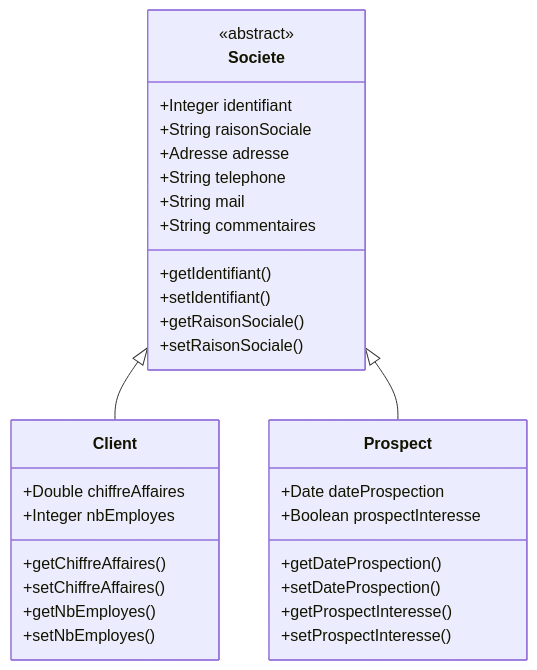
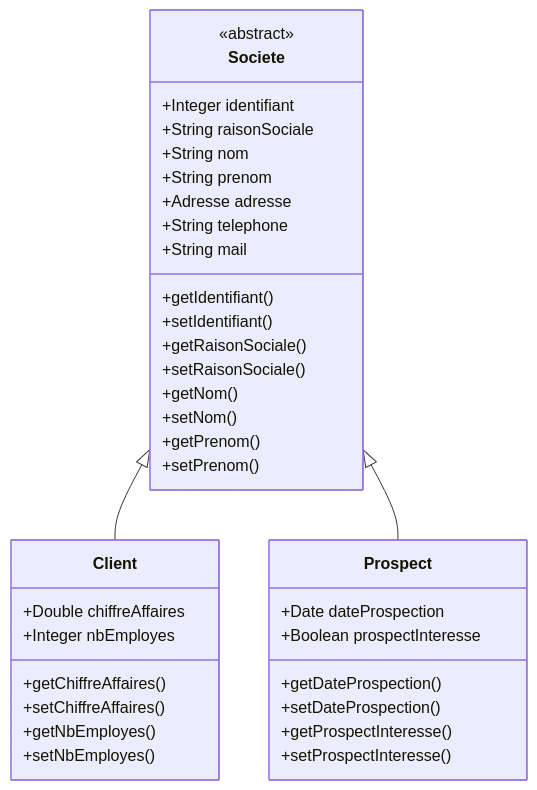
One commit to yglsan2/CliprocoFrontJava changed the fourth of 4 diagrams in README.md. Above: the diagram before and after it, drawn with Mermaid. The commit also changed other lines of this file and 99 other files, not shown here.

````diff
--- a/README.md
+++ b/README.md
@@ -165,37 +556,42 @@
 ```mermaid
 classDiagram
     class Societe {
         <<abstract>>
         +Integer identifiant
         +String raisonSociale
+        +String nom
+        +String prenom
         +Adresse adresse
         +String telephone
         +String mail
-        +String commentaires
         +getIdentifiant()
         +setIdentifiant()
         +getRaisonSociale()
         +setRaisonSociale()
+        +getNom()
+        +setNom()
+        +getPrenom()
+        +setPrenom()
     }
     
     class Client {
         +Double chiffreAffaires
         +Integer nbEmployes
         +getChiffreAffaires()
         +setChiffreAffaires()
         +getNbEmployes()
         +setNbEmployes()
     }
     
     class Prospect {
         +Date dateProspection
         +Boolean prospectInteresse
         +getDateProspection()
         +setDateProspection()
         +getProspectInteresse()
         +setProspectInteresse()
     }
     
     Societe <|-- Client
     Societe <|-- Prospect
 ```
````
